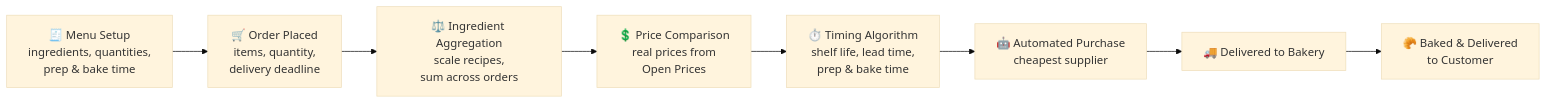
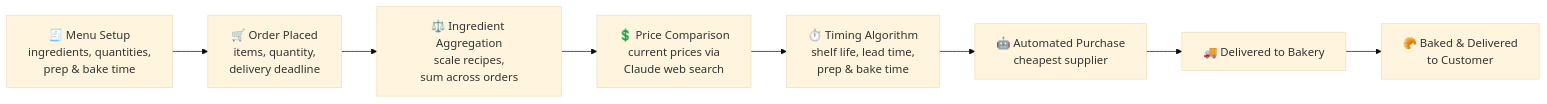
The diagram in README.md (lemonsoap21/grandma-bakery), drawn with Mermaid (base theme) before and after one commit. The commit also changed other lines of this file and 10 other files, not shown here.

First line of the commit message:
Look up grocery prices with Claude web search and drop stale non-CAD prices

````diff
--- a/README.md
+++ b/README.md
@@ -55,10 +55,10 @@
 ```mermaid
 flowchart LR
     A[🧾 Menu Setup<br/>ingredients, quantities,<br/>prep & bake time] --> B[🛒 Order Placed<br/>items, quantity,<br/>delivery deadline]
     B --> C[⚖️ Ingredient Aggregation<br/>scale recipes,<br/>sum across orders]
-    C --> D[💲 Price Comparison<br/>real prices from<br/>Open Prices]
+    C --> D[💲 Price Comparison<br/>current prices via<br/>Claude web search]
     D --> E[⏱️ Timing Algorithm<br/>shelf life, lead time,<br/>prep & bake time]
     E --> F[🤖 Automated Purchase<br/>cheapest supplier]
     F --> G[🚚 Delivered to Bakery]
     G --> H[🥐 Baked & Delivered<br/>to Customer]
 ```
````
